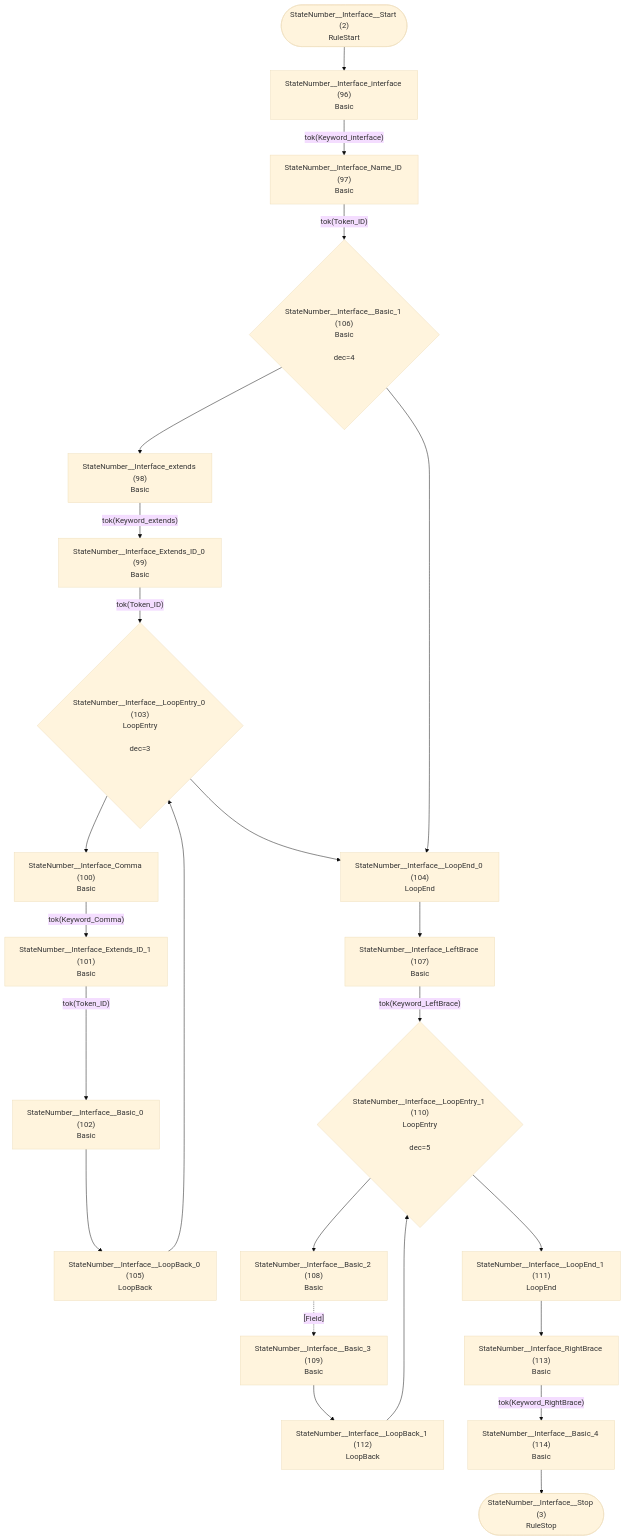
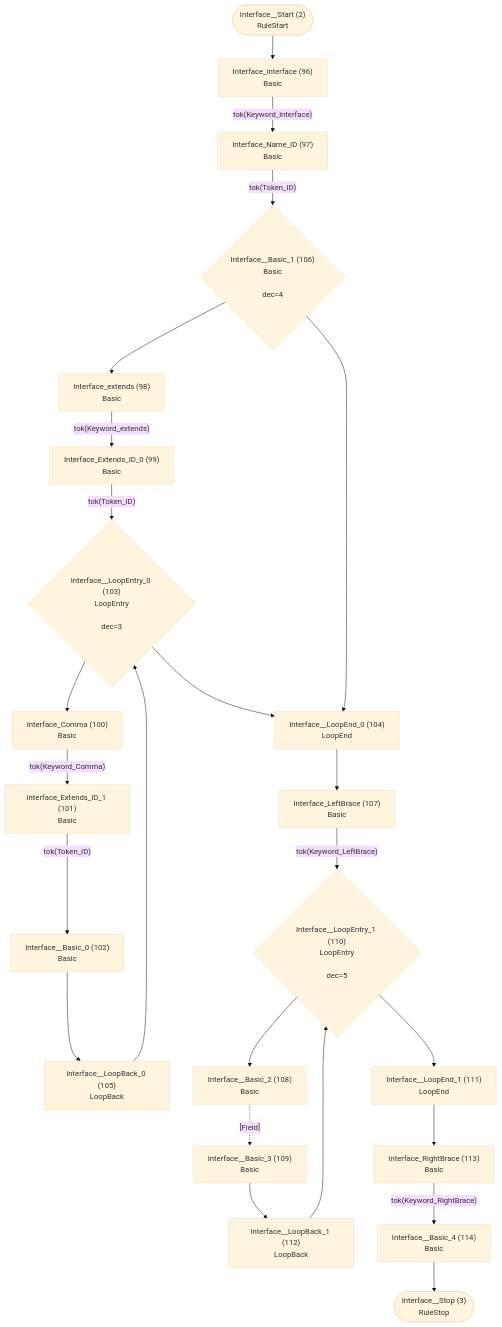
The second of 37 diagrams in internal/grammar/atn.md (TypeFox/fastbelt), drawn with Mermaid (base theme) before and after one commit. The commit also changed other lines of this file and 26 other files, not shown here.

````diff
--- a/internal/grammar/atn.md
+++ b/internal/grammar/atn.md
@@ -66,48 +66,48 @@
 ```mermaid
 flowchart TD
-    q2(["StateNumber__Interface__Start (2)<br/>RuleStart"])
-    q3(["StateNumber__Interface__Stop (3)<br/>RuleStop"])
-    q96["StateNumber__Interface_interface (96)<br/>Basic<br/>"]
-    q97["StateNumber__Interface_Name_ID (97)<br/>Basic<br/>"]
-    q98["StateNumber__Interface_extends (98)<br/>Basic<br/>"]
-    q99["StateNumber__Interface_Extends_ID_0 (99)<br/>Basic<br/>"]
-    q100["StateNumber__Interface_Comma (100)<br/>Basic<br/>"]
-    q101["StateNumber__Interface_Extends_ID_1 (101)<br/>Basic<br/>"]
-    q102["StateNumber__Interface__Basic_0 (102)<br/>Basic<br/>"]
-    q103{"StateNumber__Interface__LoopEntry_0 (103)<br/>LoopEntry<br/><br/>dec=3"}
-    q104["StateNumber__Interface__LoopEnd_0 (104)<br/>LoopEnd<br/>"]
-    q105["StateNumber__Interface__LoopBack_0 (105)<br/>LoopBack<br/>"]
-    q106{"StateNumber__Interface__Basic_1 (106)<br/>Basic<br/><br/>dec=4"}
-    q107["StateNumber__Interface_LeftBrace (107)<br/>Basic<br/>"]
-    q108["StateNumber__Interface__Basic_2 (108)<br/>Basic<br/>"]
-    q109["StateNumber__Interface__Basic_3 (109)<br/>Basic<br/>"]
-    q110{"StateNumber__Interface__LoopEntry_1 (110)<br/>LoopEntry<br/><br/>dec=5"}
-    q111["StateNumber__Interface__LoopEnd_1 (111)<br/>LoopEnd<br/>"]
-    q112["StateNumber__Interface__LoopBack_1 (112)<br/>LoopBack<br/>"]
-    q113["StateNumber__Interface_RightBrace (113)<br/>Basic<br/>"]
-    q114["StateNumber__Interface__Basic_4 (114)<br/>Basic<br/>"]
+    q2(["Interface__Start (2)<br/>RuleStart"])
+    q3(["Interface__Stop (3)<br/>RuleStop"])
+    q96["Interface_interface (96)<br/>Basic<br/>"]
+    q97["Interface_Name_ID (97)<br/>Basic<br/>"]
+    q98["Interface_extends (98)<br/>Basic<br/>"]
+    q99["Interface_Extends_ID_0 (99)<br/>Basic<br/>"]
+    q100["Interface_Comma (100)<br/>Basic<br/>"]
+    q101["Interface_Extends_ID_1 (101)<br/>Basic<br/>"]
+    q102["Interface__Basic_0 (102)<br/>Basic<br/>"]
+    q103{"Interface__LoopEntry_0 (103)<br/>LoopEntry<br/><br/>dec=3"}
+    q104["Interface__LoopEnd_0 (104)<br/>LoopEnd<br/>"]
+    q105["Interface__LoopBack_0 (105)<br/>LoopBack<br/>"]
+    q106{"Interface__Basic_1 (106)<br/>Basic<br/><br/>dec=4"}
+    q107["Interface_LeftBrace (107)<br/>Basic<br/>"]
+    q108["Interface__Basic_2 (108)<br/>Basic<br/>"]
+    q109["Interface__Basic_3 (109)<br/>Basic<br/>"]
+    q110{"Interface__LoopEntry_1 (110)<br/>LoopEntry<br/><br/>dec=5"}
+    q111["Interface__LoopEnd_1 (111)<br/>LoopEnd<br/>"]
+    q112["Interface__LoopBack_1 (112)<br/>LoopBack<br/>"]
+    q113["Interface_RightBrace (113)<br/>Basic<br/>"]
+    q114["Interface__Basic_4 (114)<br/>Basic<br/>"]
 
     q2 --> q96
     q96 -->|"tok(Keyword_interface)"| q97
     q97 -->|"tok(Token_ID)"| q106
     q98 -->|"tok(Keyword_extends)"| q99
     q99 -->|"tok(Token_ID)"| q103
     q100 -->|"tok(Keyword_Comma)"| q101
     q101 -->|"tok(Token_ID)"| q102
     q102 --> q105
     q103 --> q100
     q103 --> q104
     q104 --> q107
     q105 --> q103
     q106 --> q98
     q106 --> q104
     q107 -->|"tok(Keyword_LeftBrace)"| q110
     q108 -.->|"[Field]"| q109
     q109 --> q112
     q110 --> q108
     q110 --> q111
     q111 --> q113
     q112 --> q110
     q113 -->|"tok(Keyword_RightBrace)"| q114
     q114 --> q3
 ```
````
